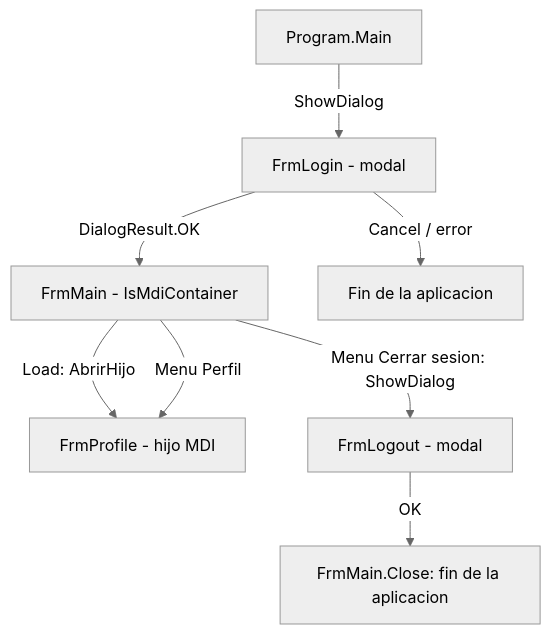
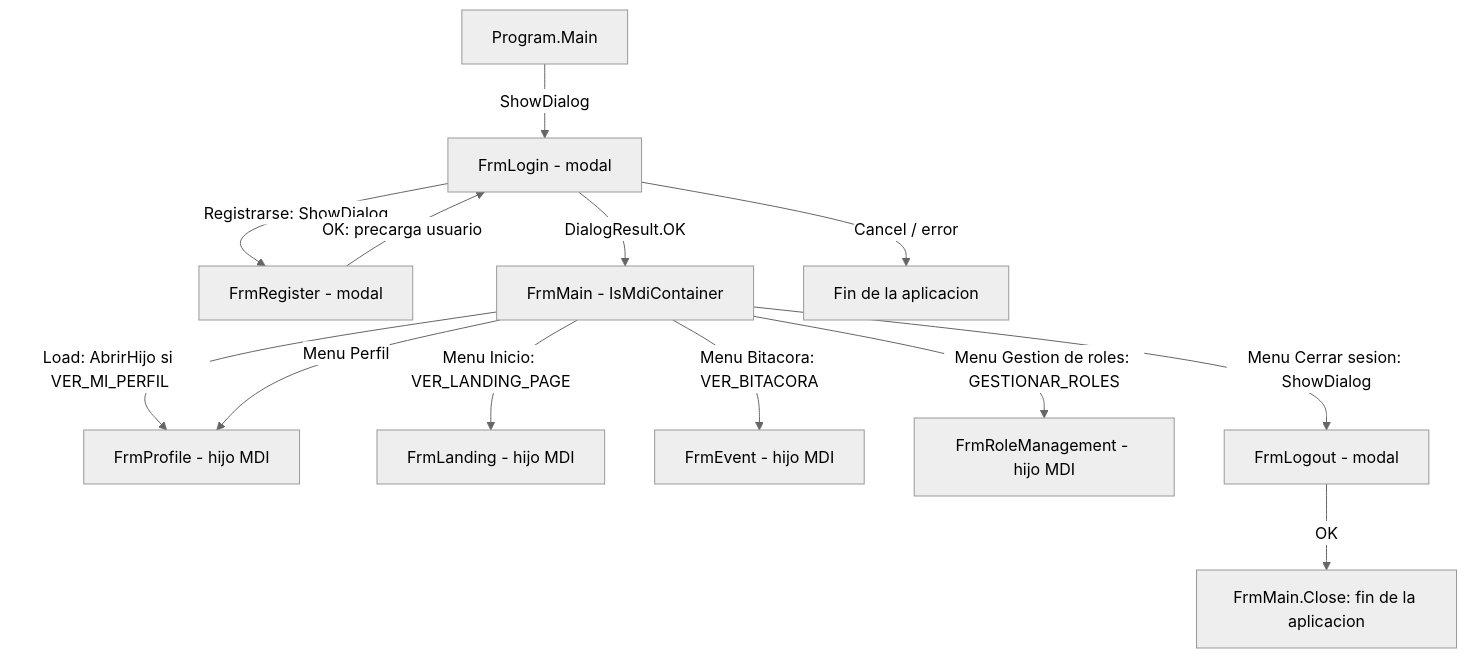
One commit to UAINahueLeandroDefeudi/uai-ing-soft changed the fourth of 5 diagrams in ingSoftWinForm/README.md. Above: the diagram before and after it, drawn with Mermaid (neutral theme). The commit also changed other lines of this file and 48 other files, not shown here.

First line of the commit message:
Add unit tests for composite permissions and role management

````diff
--- a/ingSoftWinForm/README.md
+++ b/ingSoftWinForm/README.md
@@ -548,10 +752,15 @@
 ```mermaid
 graph TD
     P[Program.Main] -->|ShowDialog| FL[FrmLogin - modal]
+    FL -->|Registrarse: ShowDialog| FR[FrmRegister - modal]
+    FR -->|OK: precarga usuario| FL
     FL -->|DialogResult.OK| FM[FrmMain - IsMdiContainer]
     FL -->|Cancel / error| X[Fin de la aplicacion]
-    FM -->|Load: AbrirHijo| FP[FrmProfile - hijo MDI]
+    FM -->|Load: AbrirHijo si VER_MI_PERFIL| FP[FrmProfile - hijo MDI]
     FM -->|Menu Perfil| FP
+    FM -->|Menu Inicio: VER_LANDING_PAGE| FLA[FrmLanding - hijo MDI]
+    FM -->|Menu Bitacora: VER_BITACORA| FE[FrmEvent - hijo MDI]
+    FM -->|Menu Gestion de roles: GESTIONAR_ROLES| FRM[FrmRoleManagement - hijo MDI]
     FM -->|Menu Cerrar sesion: ShowDialog| FLO[FrmLogout - modal]
     FLO -->|OK| C[FrmMain.Close: fin de la aplicacion]
 ```
````
